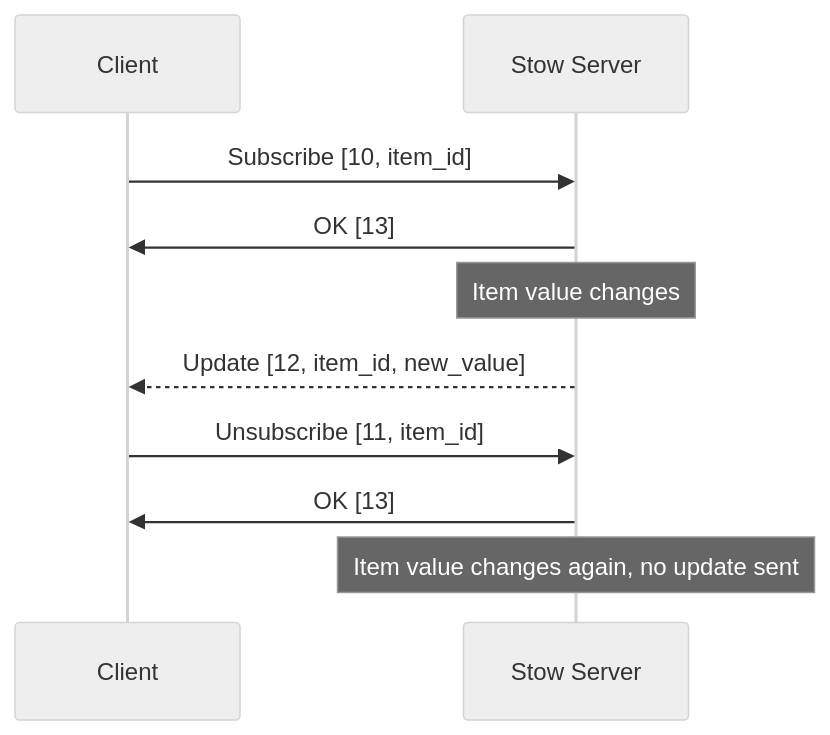
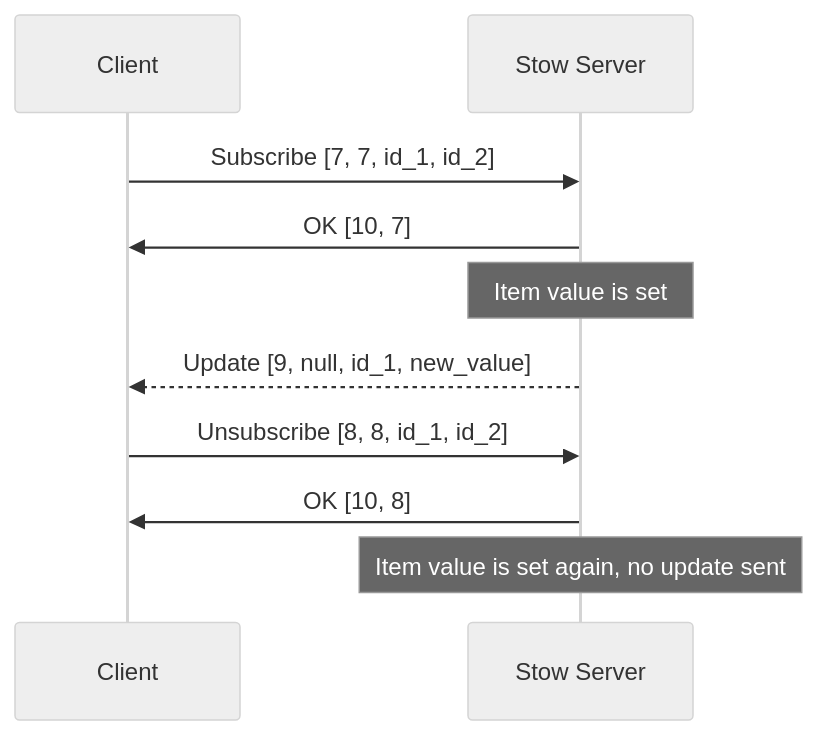
Before and after one commit to Demizo/Gantry: the fourth of 4 diagrams in docs/source/stow/protocol.rst, drawn with Mermaid. The commit also changed other lines of this file and 1 other file, not shown here.

```diff
--- a/docs/source/stow/protocol.rst
+++ b/docs/source/stow/protocol.rst
@@ -332,17 +236,17 @@
 .. mermaid::
 
    %%{init: {"theme": "neutral"}}%%
    sequenceDiagram
        participant C as Client
        participant S as Stow Server
 
-       C->>S: Subscribe [10, item_id]
-       S->>C: OK [13]
+       C->>S: Subscribe [7, 7, id_1, id_2]
+       S->>C: OK [10, 7]
 
-       Note over S: Item value changes
-       S-->>C: Update [12, item_id, new_value]
-       
-       C->>S: Unsubscribe [11, item_id]
-       S->>C: OK [13]
+       Note over S: Item value is set
+       S-->>C: Update [9, null, id_1, new_value]
 
-       Note over S: Item value changes again, no update sent
+       C->>S: Unsubscribe [8, 8, id_1, id_2]
+       S->>C: OK [10, 8]
+
+       Note over S: Item value is set again, no update sent
```
